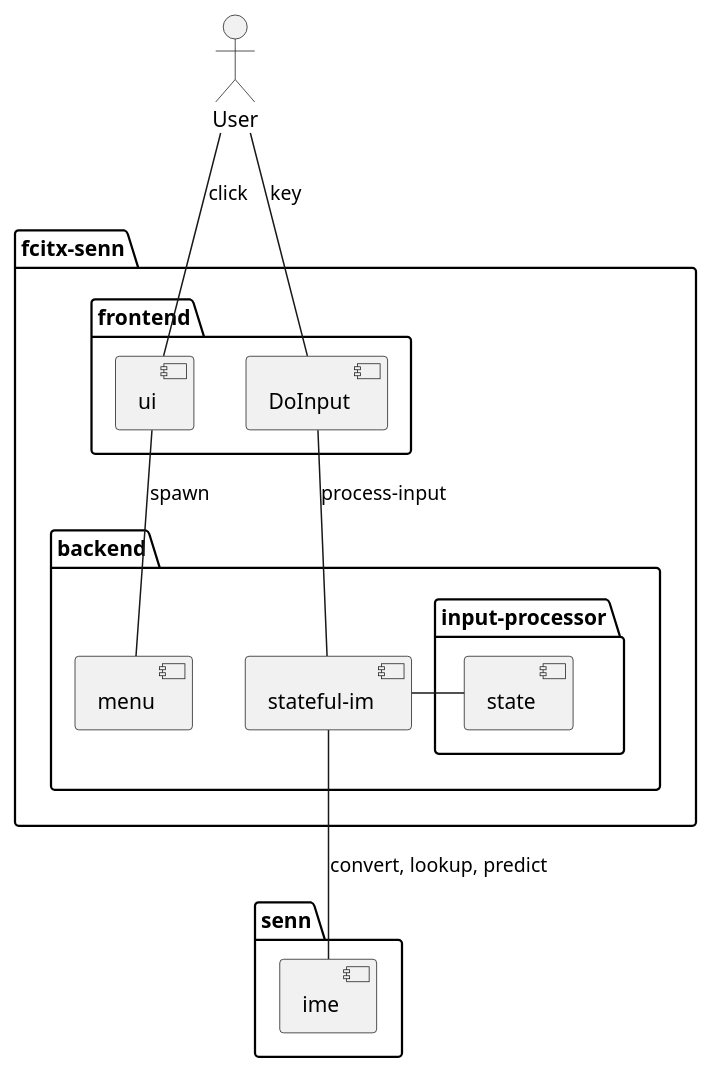
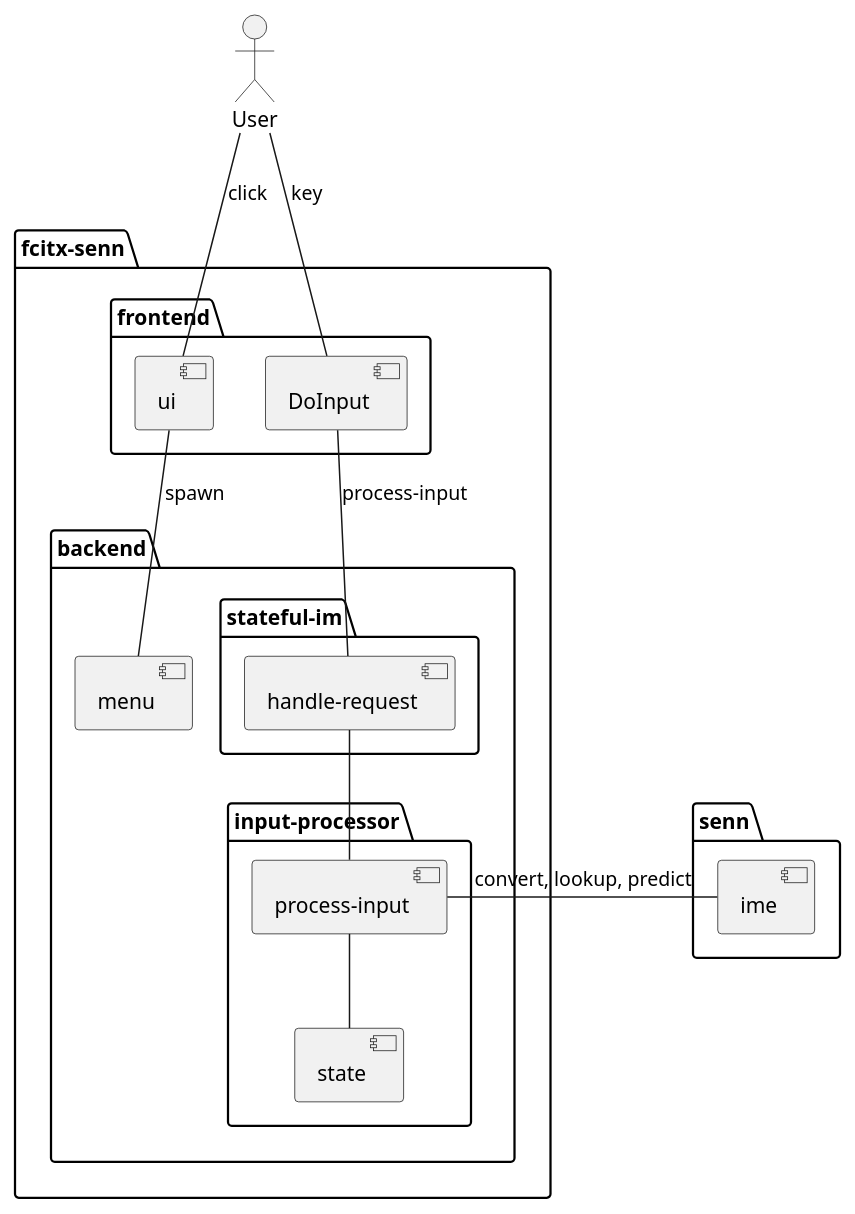
Before and after one commit to mhkoji/Senn: the diagram in senn/doc/design.md, drawn with PlantUML. The commit also changed 1 other file, not shown here.

Commit message:
senn: update doc

````diff
--- a/senn/doc/design.md
+++ b/senn/doc/design.md
@@ -4,32 +4,37 @@
 ```uml
 @startuml
-
 package "senn" {
  [ime]
 }
-  
+
 package "fcitx-senn" {
   folder "frontend" {
     [DoInput]
     [ui]
   }
              
   folder "backend" {
     [menu]
-    [stateful-im]
+    folder "stateful-im" {
+      [handle-request]
+    }
+
     folder "input-processor" {
+      [process-input]
       [state]
     }
   }
   
+  [DoInput] -- [handle-request] : process-input
+  [handle-request] -- [process-input]
+  [process-input] -- [state]
+  [process-input] - [ime] : convert, lookup, predict
+
   [ui] - [menu] : spawn
-  [DoInput] -- [stateful-im] : process-input
-  [stateful-im] - [state]
-  [stateful-im] -- [ime] : convert, lookup, predict
 }
-  
+
+
 :User: -- DoInput : key
 :User: -- ui: click
-                                                
 @enduml
 ```
````
